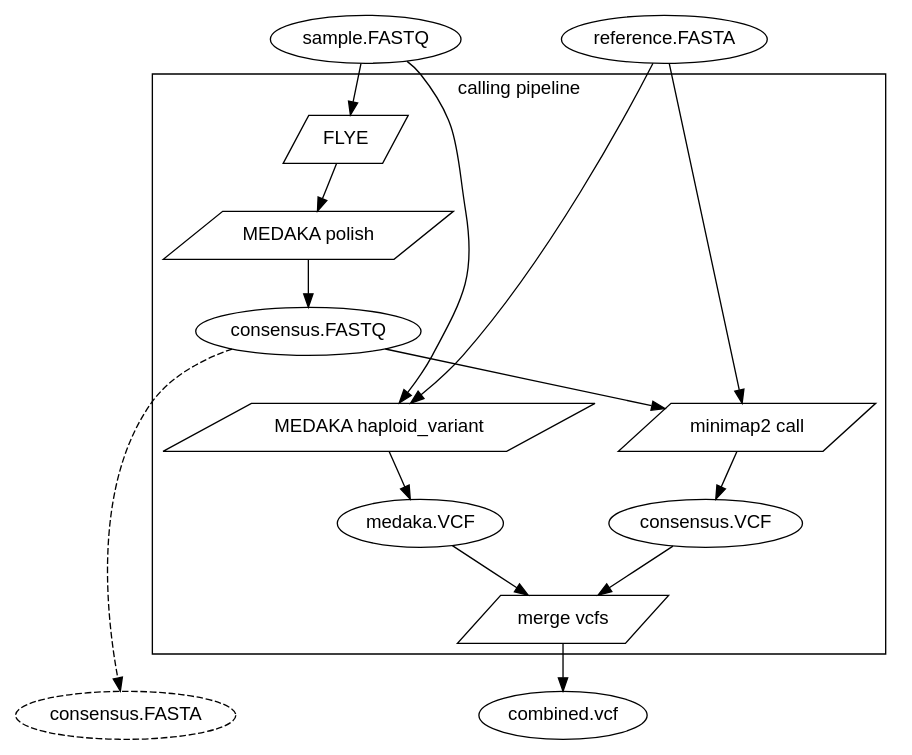
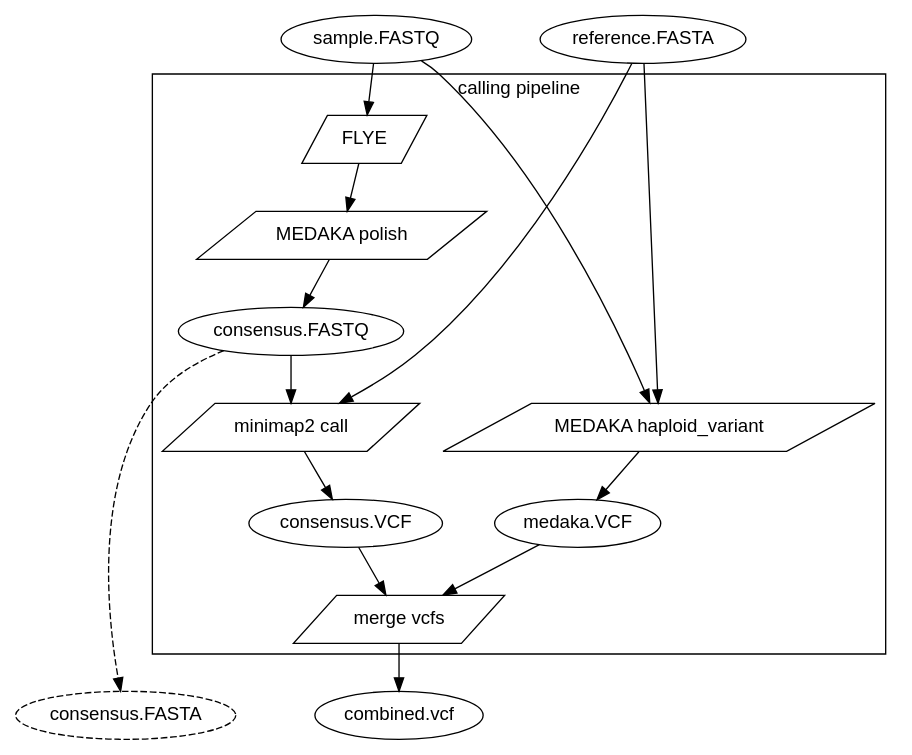
The diagram in images/flow1.gv (BioinfoSupport/nanopore_compare), drawn with Graphviz before and after one commit. The commit also changed 1 other file, not shown here.

Commit message:
Nicer flowchart

```diff
--- a/images/flow1.gv
+++ b/images/flow1.gv
@@ -1,44 +1,46 @@
 digraph mygraph {
   fontname="Helvetica,Arial,sans-serif"
   node [fontname="Helvetica,Arial,sans-serif"]
   edge [fontname="Helvetica,Arial,sans-serif"]
   node [shape=parallelogram];
 
   subgraph cluster_1 {
 	label = "calling pipeline";
 
   	"consensus.FASTQ" [shape=ellipse]
  	"medaka.VCF" [shape=ellipse]
   	"consensus.VCF" [shape=ellipse]
 
         "FLYE" -> "MEDAKA polish";
   	"MEDAKA polish" -> "consensus.FASTQ"
-  	"MEDAKA haploid_variant" -> "medaka.VCF"
+
   	"consensus.FASTQ" -> "minimap2 call"
   	"minimap2 call" -> "consensus.VCF"
   	"consensus.VCF" -> "merge vcfs"
+
+	"MEDAKA haploid_variant" -> "medaka.VCF"
   	"medaka.VCF" -> "merge vcfs"
   }
 
   {
     rank = "same";
     node [shape = "ellipse"];
     "sample.FASTQ"
     "reference.FASTA"
   }
   
   {
     rank = "same";
     node [shape = "ellipse"];
     "consensus.FASTA" [style="dashed"]
     "combined.vcf"
   }
 
   "reference.FASTA" -> "minimap2 call"
   "consensus.FASTQ" -> "consensus.FASTA" [style="dashed"]
   "sample.FASTQ" -> "MEDAKA haploid_variant"
   "sample.FASTQ" -> "FLYE"
   "reference.FASTA" -> "MEDAKA haploid_variant"
   "merge vcfs" -> "combined.vcf"
 
 }
```
